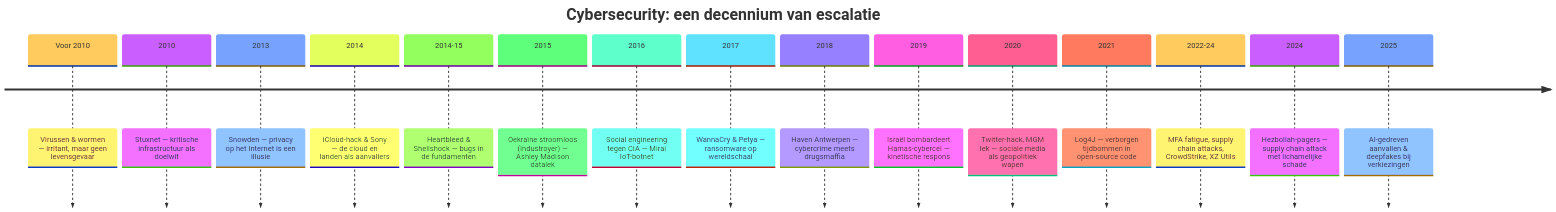
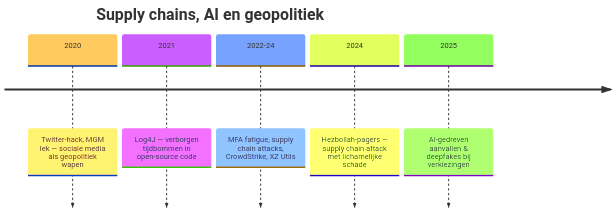
Before and after one commit to timdams/cyberboswachters_boek: the third of 6 diagrams in cyberboswachters/slides/wordtheterger.qmd, drawn with Mermaid. The commit also changed other lines of this file and 5 other files, not shown here.

````diff
--- a/cyberboswachters/slides/wordtheterger.qmd
+++ b/cyberboswachters/slides/wordtheterger.qmd
@@ -40,20 +70,10 @@
 ```{mermaid}
 %%{init: {"theme": "base", "timeline": {"useMaxWidth": true}} }%%
 timeline
-    title Cybersecurity: een decennium van escalatie
-    Voor 2010 : Virussen & wormen — irritant, maar geen levensgevaar
-    2010 : Stuxnet — kritische infrastructuur als doelwit
-    2013 : Snowden — privacy op het Internet is een illusie
-    2014 : iCloud-hack & Sony — de cloud en landen als aanvallers
-    2014-15 : Heartbleed & Shellshock — bugs in de fundamenten
-    2015 : Oekraïne stroomloos (Industroyer) — Ashley Madison datalek
-    2016 : Social engineering tegen CIA — Mirai IoT-botnet
-    2017 : WannaCry & Petya — ransomware op wereldschaal
-    2018 : Haven Antwerpen — cybercrime meets drugsmaffia
-    2019 : Israël bombardeert Hamas-cybercel — kinetische respons
+    title Supply chains, AI en geopolitiek
     2020 : Twitter-hack, MGM lek — sociale media als geopolitiek wapen
     2021 : Log4J — verborgen tijdbommen in open-source code
     2022-24 : MFA fatigue, supply chain attacks, CrowdStrike, XZ Utils
     2024 : Hezbollah-pagers — supply chain attack met lichamelijke schade
     2025 : AI-gedreven aanvallen & deepfakes bij verkiezingen
 ```
````
